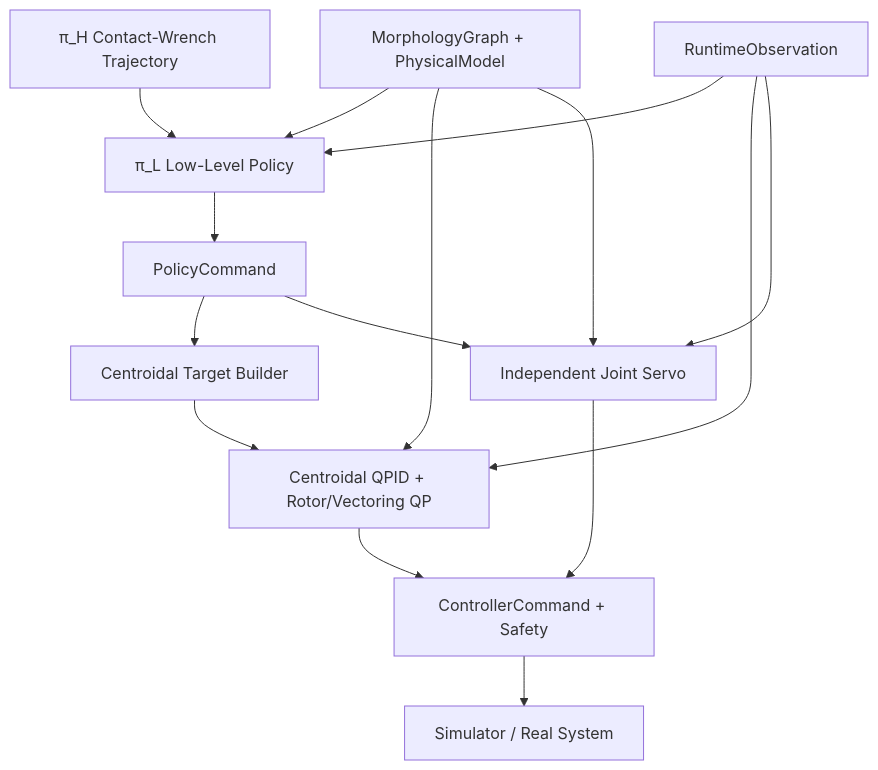
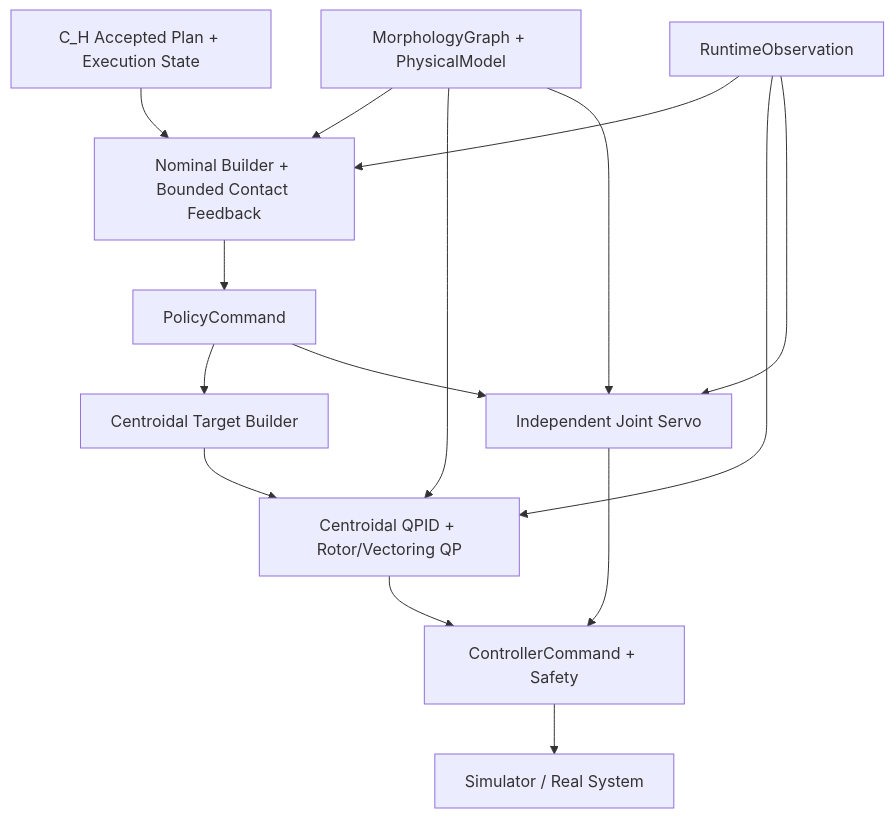
One commit to sugihara-16/aerial-creator changed the tenth of 13 diagrams in for_codex/A-MSRR_codex_ready_spec_v0_5_ja.md. Above: the diagram before and after it, drawn with Mermaid. The commit also changed other lines of this file and 3 other files, not shown here.

````diff
--- a/for_codex/A-MSRR_codex_ready_spec_v0_5_ja.md
+++ b/for_codex/A-MSRR_codex_ready_spec_v0_5_ja.md
@@ -3014,17 +3163,17 @@
 ```mermaid
 flowchart TD
-    A[π_H Contact-Wrench Trajectory] --> B[π_L Low-Level Policy]
+    A[C_H Accepted Plan + Execution State] --> B[Nominal Builder + Bounded Contact Feedback]
     C[RuntimeObservation] --> B
     D[MorphologyGraph + PhysicalModel] --> B
     B --> E[PolicyCommand]
     E --> F[Centroidal Target Builder]
     E --> J[Independent Joint Servo]
     F --> G[Centroidal QPID + Rotor/Vectoring QP]
     D --> G
     D --> J
     C --> G
     C --> J
     G --> H[ControllerCommand + Safety]
     J --> H
     H --> I[Simulator / Real System]
 ```
````
